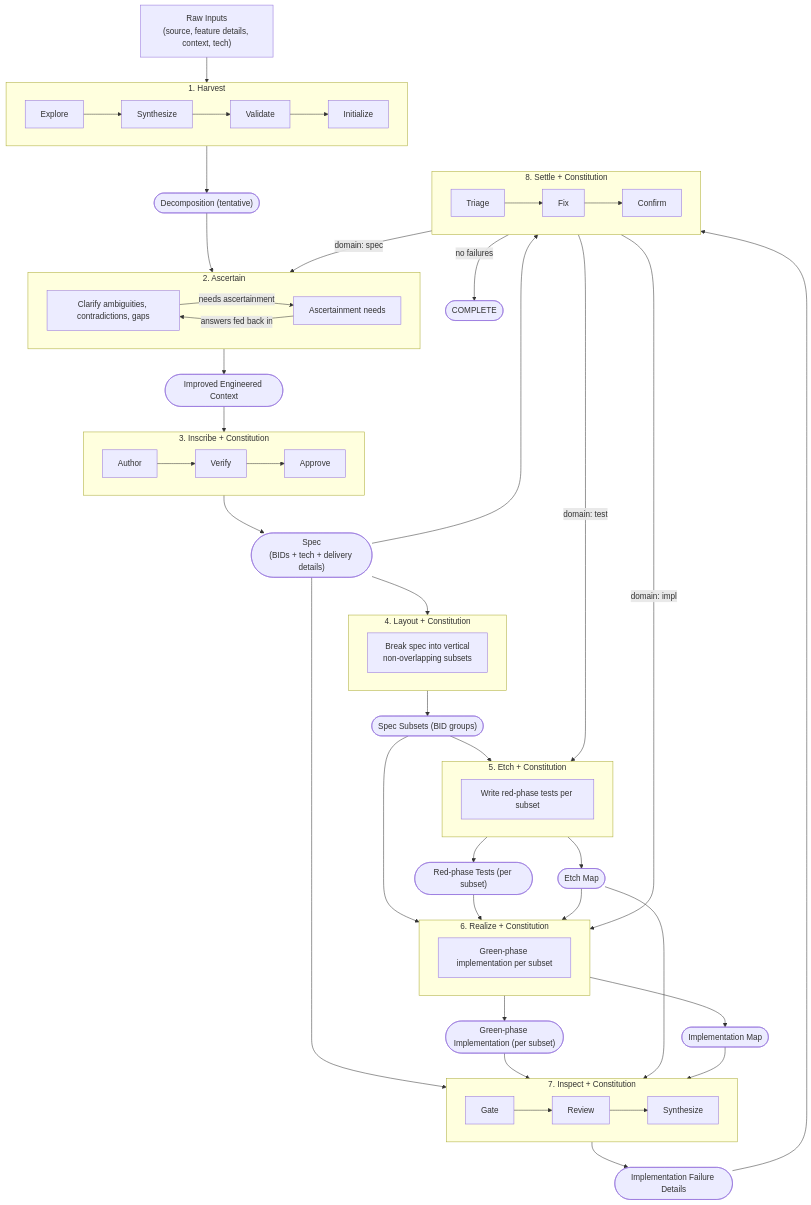
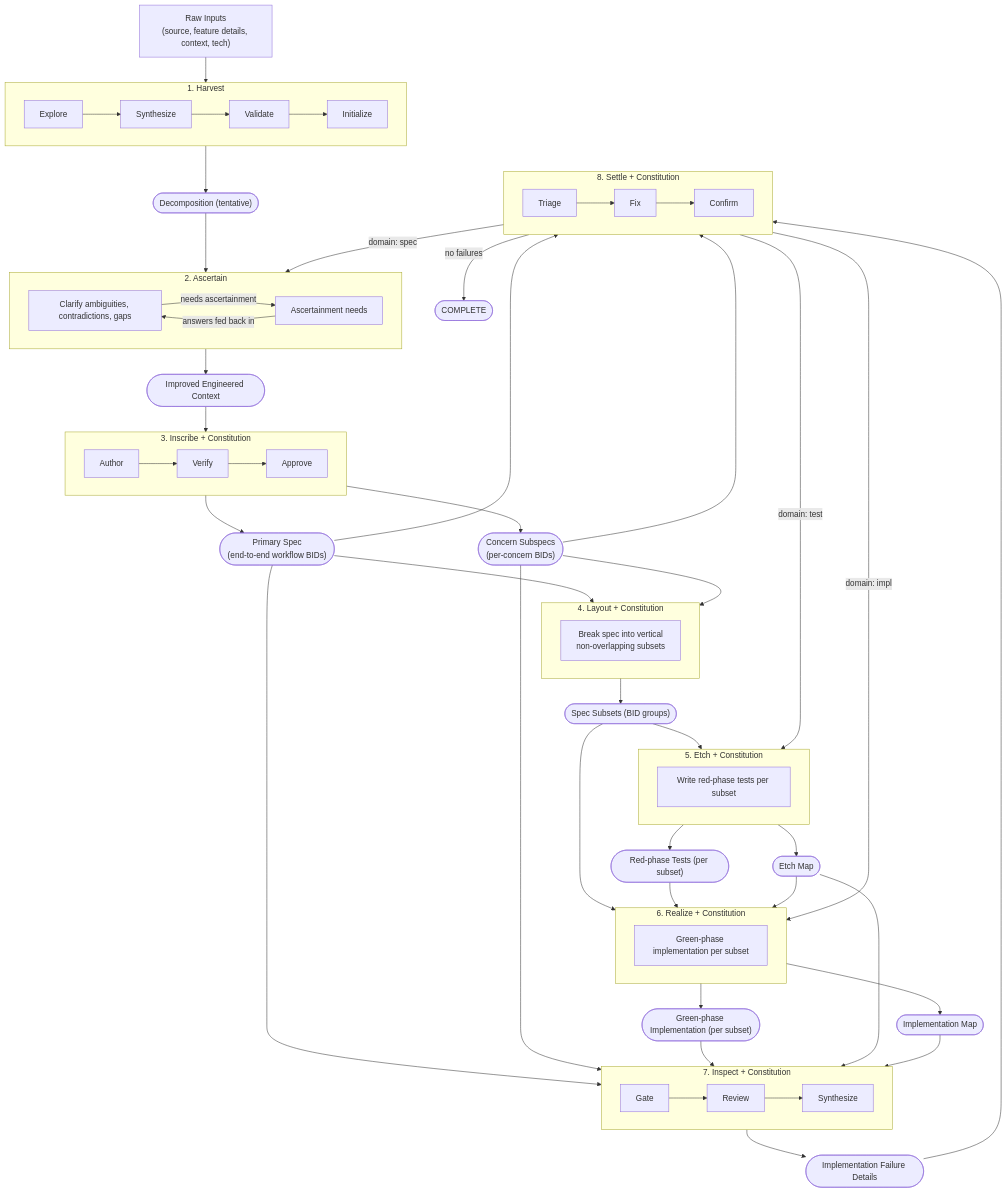
One commit to v0idbit/haileris changed the fourth of 5 diagrams in docs/diagrams/diagrams.md. Above: the diagram before and after it, drawn with Mermaid. The commit also changed other lines of this file and 6 other files, not shown here.

First line of the commit message:
docs: add primary spec, composition validation (ANLZ-006), and repo-local feature files

````diff
--- a/docs/diagrams/diagrams.md
+++ b/docs/diagrams/diagrams.md
@@ -116,74 +142,78 @@
 ```mermaid
 flowchart TD
     RAW["Raw Inputs<br>(source, feature details, context, tech)"]
 
     RAW --> H
 
     subgraph H["1. Harvest"]
         H_E["Explore"] --> H_S["Synthesize"] --> H_V["Validate"] --> H_I["Initialize"]
     end
 
     H --> DEC(["Decomposition (tentative)"])
     DEC --> A
 
     subgraph A["2. Ascertain"]
         A_P["Clarify ambiguities, contradictions, gaps"]
         A_P -->|needs ascertainment| A_OUT_Q["Ascertainment needs"]
         A_OUT_Q -->|answers fed back in| A_P
     end
 
     A --> IEC(["Improved Engineered Context"])
     IEC --> I
 
     subgraph I["3. Inscribe + Constitution"]
         I_A["Author"] --> I_V["Verify"] --> I_AP["Approve"]
     end
 
-    I --> SP(["Spec<br>(BIDs + tech + delivery details)"])
-    SP --> L
+    I --> PS2(["Primary Spec<br>(end-to-end workflow BIDs)"])
+    I --> CS2(["Concern Subspecs<br>(per-concern BIDs)"])
+    PS2 --> L
+    CS2 --> L
 
     subgraph L["4. Layout + Constitution"]
         L_P["Break spec into vertical<br>non-overlapping subsets"]
     end
 
     L --> SS(["Spec Subsets (BID groups)"])
     SS --> E
 
     subgraph E["5. Etch + Constitution"]
         E_P["Write red-phase tests per subset"]
     end
 
     E --> RT(["Red-phase Tests (per subset)"])
     E --> ETM2(["Etch Map"])
     SS --> R
     RT --> R
     ETM2 --> R
 
     subgraph R["6. Realize + Constitution"]
         R_P["Green-phase implementation per subset"]
     end
 
     R --> GI(["Green-phase Implementation (per subset)"])
     R --> IM2(["Implementation Map"])
-    SP --> IN
+    PS2 --> IN
+    CS2 --> IN
     GI --> IN
     ETM2 --> IN
     IM2 --> IN
 
     subgraph IN["7. Inspect + Constitution"]
         IN_G["Gate"] --> IN_R["Review"] --> IN_S["Synthesize"]
     end
 
     IN --> IF(["Implementation Failure Details"])
-    SP --> S
+    PS2 --> S
+    CS2 --> S
     IF --> S
 
     subgraph S["8. Settle + Constitution"]
         S_T["Triage"] --> S_F["Fix"] --> S_C["Confirm"]
     end
 
     S -->|"domain: spec"| A
     S -->|"domain: test"| E
     S -->|"domain: impl"| R
     S -->|no failures| DONE(["COMPLETE"])
 ```
````
